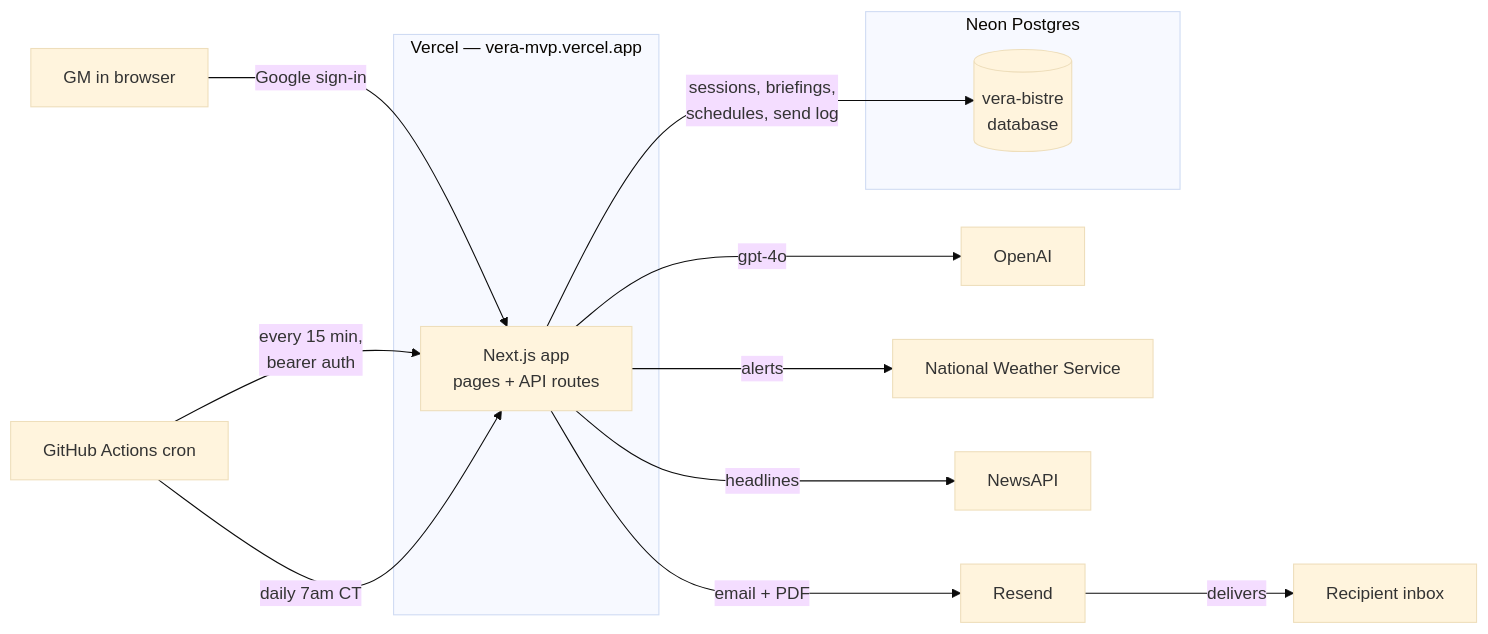
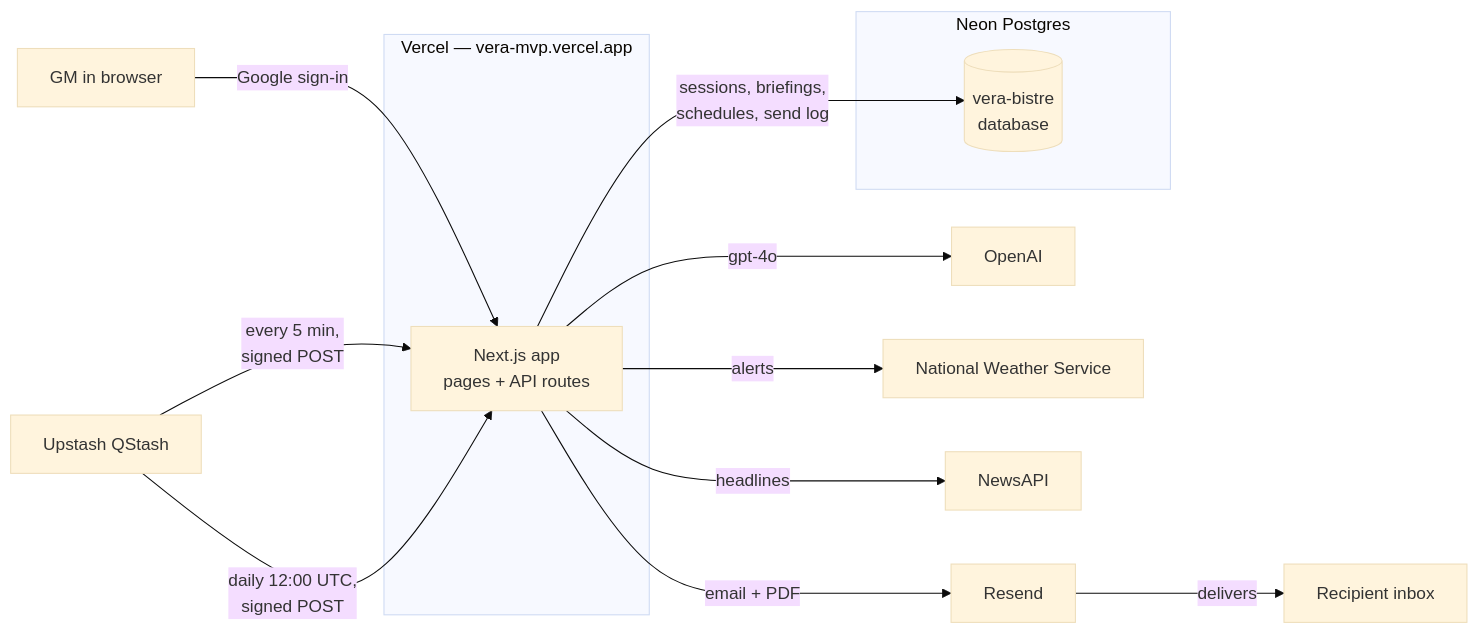
Before and after one commit to MakAnalyticsProjects/vera-mvp: the first of 4 diagrams in docs/INFRASTRUCTURE.md, drawn with Mermaid (base theme). The commit also changed other lines of this file and 8 other files, not shown here.

````diff
--- a/docs/INFRASTRUCTURE.md
+++ b/docs/INFRASTRUCTURE.md
@@ -19,29 +19,30 @@
 ```mermaid
 flowchart LR
     User[GM in browser]
-    GH[GitHub Actions cron]
+    QS[Upstash QStash]
 
     subgraph Vercel ["Vercel — vera-mvp.vercel.app"]
       Web[Next.js app
       pages + API routes]
     end
 
     subgraph Neon ["Neon Postgres"]
       DB[(vera-bistre
       database)]
     end
 
     User -->|Google sign-in| Web
     Web -->|sessions, briefings,
     schedules, send log| DB
 
-    GH -->|every 15 min,
-    bearer auth| Web
-    GH -->|daily 7am CT| Web
+    QS -->|every 5 min,
+    signed POST| Web
+    QS -->|daily 12:00 UTC,
+    signed POST| Web
 
     Web -->|gpt-4o| OpenAI[OpenAI]
     Web -->|alerts| NWS[National Weather Service]
     Web -->|headlines| News[NewsAPI]
     Web -->|email + PDF| Resend[Resend]
     Resend -->|delivers| Inbox[Recipient inbox]
 ```
````
